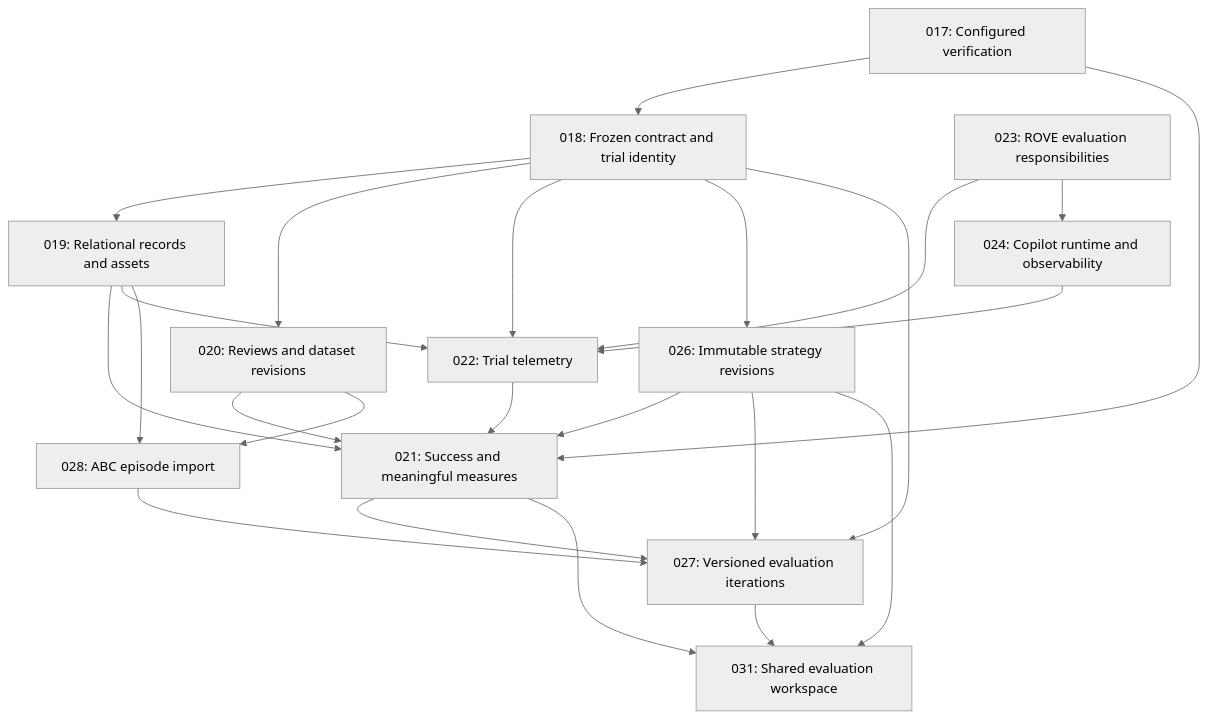
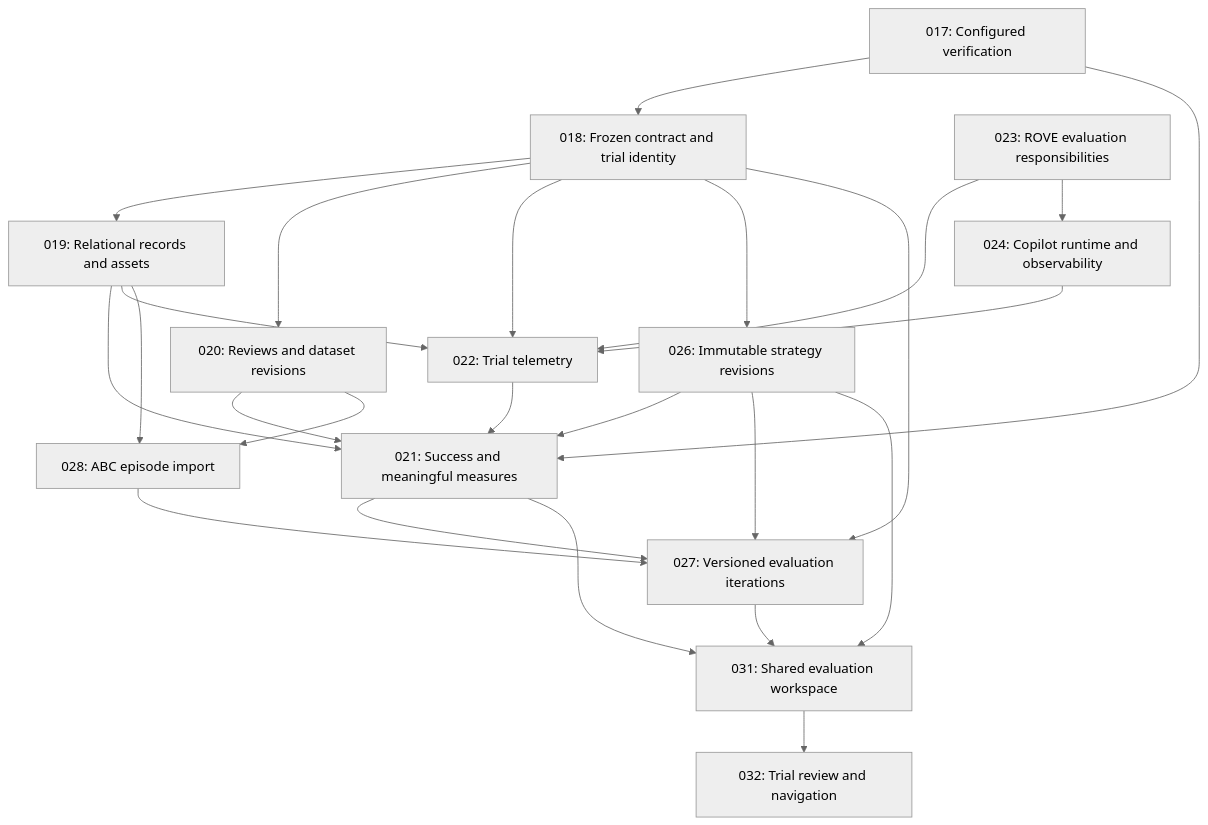
One commit to niksacdev/rove changed the diagram in docs/architecture/README.md. Above: the diagram before and after it, drawn with Mermaid (neutral theme). The commit also changed other lines of this file and 9 other files, not shown here.

Commit message:
Require trial review and guard unfinished navigation (#29)

````diff
--- a/docs/architecture/README.md
+++ b/docs/architecture/README.md
@@ -29,26 +31,27 @@
 ```mermaid
 flowchart TD
     V[017: Configured verification] --> C[018: Frozen contract and trial identity]
     C --> S[019: Relational records and assets]
     C --> H[020: Reviews and dataset revisions]
     H --> M[021: Success and meaningful measures]
     V --> M
     S --> M
     C --> T[022: Trial telemetry]
     S --> T
     T --> M
     E[023: ROVE evaluation responsibilities] --> T
     R[024: Copilot runtime and observability] --> T
     E --> R
     C --> K[026: Immutable strategy revisions]
     K --> M
     C --> J[027: Versioned evaluation iterations]
     K --> J
     M --> J
     S --> A[028: ABC episode import]
     H --> A
     A --> J
     J --> W[031: Shared evaluation workspace]
     K --> W
     M --> W
+    W --> N[032: Trial review and navigation]
 ```
````
